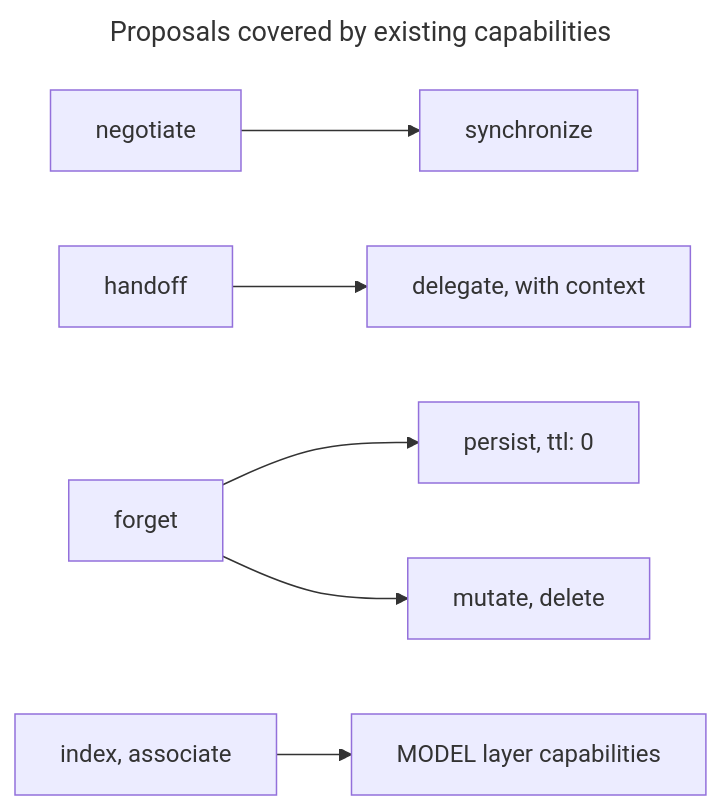
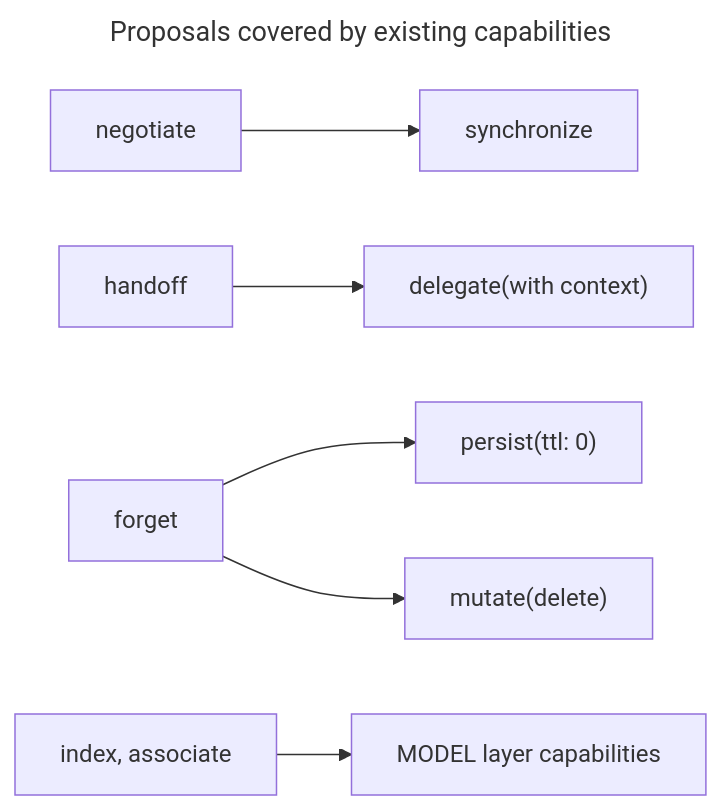
The fourth of 14 diagrams in docs/FAQ.md (synaptiai/agent-capability-standard), drawn with Mermaid before and after one commit. The commit also changed 4 other files, not shown here.

First line of the commit message:
docs: name capabilities in diagram boxes as capability(args)

````diff
--- a/docs/FAQ.md
+++ b/docs/FAQ.md
@@ -113,12 +113,12 @@
 ```mermaid
 ---
 title: Proposals covered by existing capabilities
 ---
 flowchart LR
   accDescr: negotiate is covered by synchronize, handoff by delegate with context, forget by persist with ttl 0 or mutate with delete, and index and associate by the MODEL layer capabilities; observe already exists.
   negotiate["negotiate"] --> synchronize["synchronize"]
-  handoff["handoff"] --> delegate["delegate, with context"]
-  forget["forget"] --> persist["persist, ttl: 0"]
-  forget --> mutate["mutate, delete"]
+  handoff["handoff"] --> delegate["delegate(with context)"]
+  forget["forget"] --> persist["persist(ttl: 0)"]
+  forget --> mutate["mutate(delete)"]
   ia["index, associate"] --> model[MODEL layer capabilities]
 ```
````
